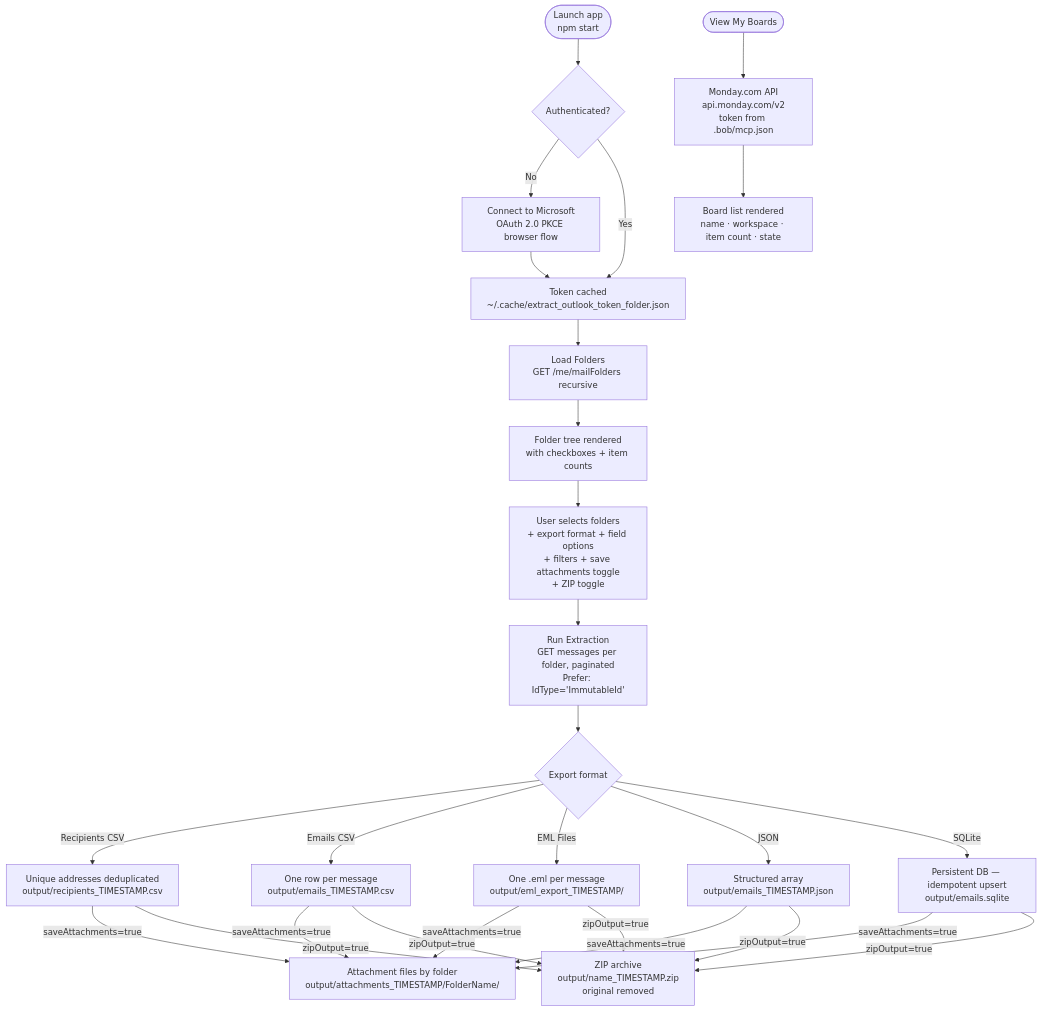
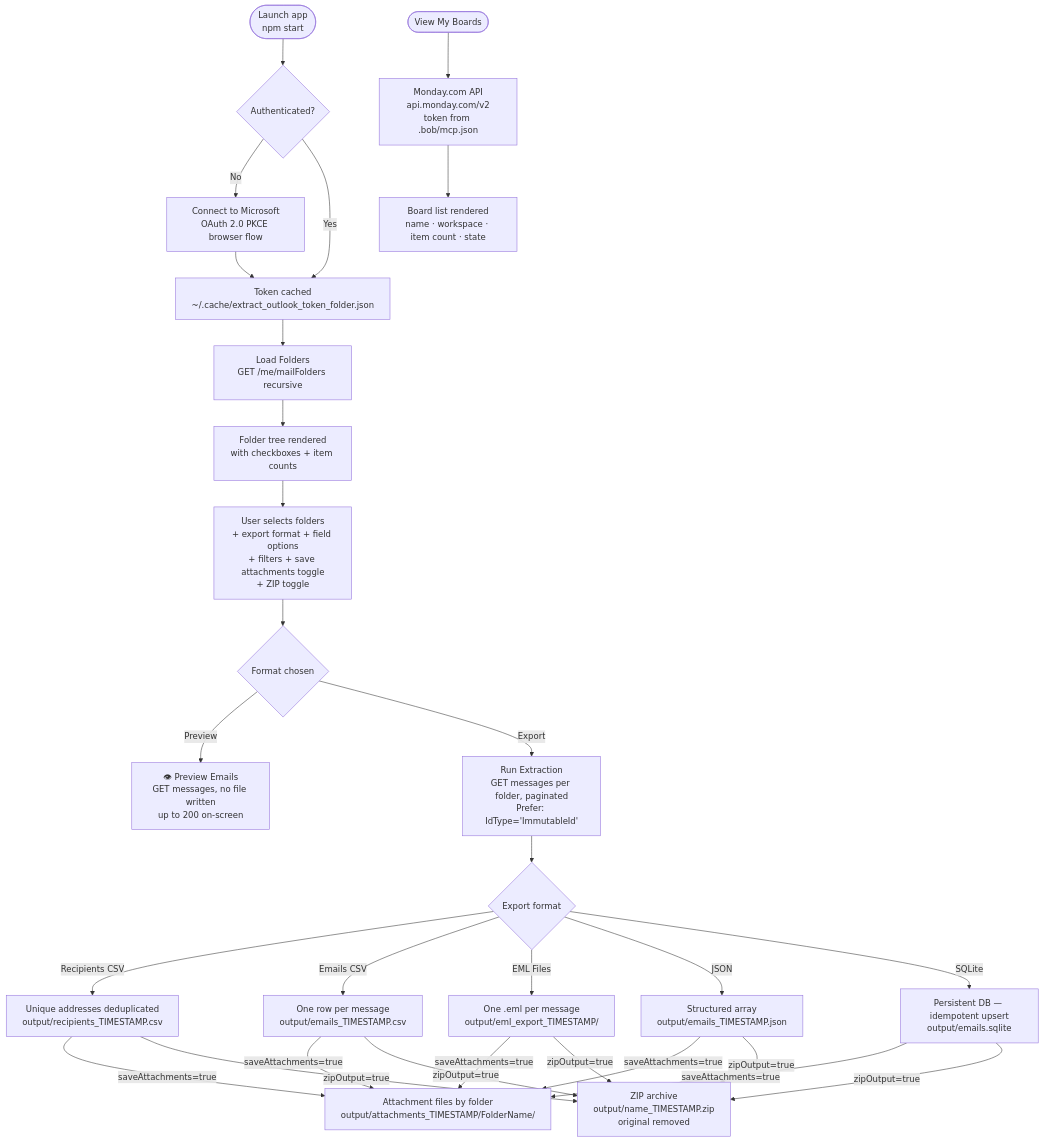
One commit to aairom/outlook-bob changed the first of 2 diagrams in README.md. Above: the diagram before and after it, drawn with Mermaid. The commit also changed other lines of this file and 6 other files, not shown here.

````diff
--- a/README.md
+++ b/README.md
@@ -7,22 +7,24 @@
 ```mermaid
 flowchart TD
     A([Launch app\nnpm start]) --> B{Authenticated?}
     B -- No --> C[Connect to Microsoft\nOAuth 2.0 PKCE browser flow]
     C --> D[Token cached\n~/.cache/extract_outlook_token_folder.json]
     B -- Yes --> D
     D --> E[Load Folders\nGET /me/mailFolders recursive]
     E --> F[Folder tree rendered\nwith checkboxes + item counts]
     F --> G[User selects folders\n+ export format + field options\n+ filters + save attachments toggle\n+ ZIP toggle]
-    G --> H[Run Extraction\nGET messages per folder, paginated\nPrefer: IdType='ImmutableId']
-    H --> I{Export format}
+    G --> H{Format chosen}
+    H -- Preview --> P[👁 Preview Emails\nGET messages, no file written\nup to 200 on-screen]
+    H -- Export --> EX[Run Extraction\nGET messages per folder, paginated\nPrefer: IdType='ImmutableId']
+    EX --> I{Export format}
     I -- Recipients CSV --> J1[Unique addresses deduplicated\noutput/recipients_TIMESTAMP.csv]
     I -- Emails CSV --> J2[One row per message\noutput/emails_TIMESTAMP.csv]
     I -- EML Files --> J3[One .eml per message\noutput/eml_export_TIMESTAMP/]
     I -- JSON --> J4[Structured array\noutput/emails_TIMESTAMP.json]
     I -- SQLite --> J5[Persistent DB — idempotent upsert\noutput/emails.sqlite]
     J1 & J2 & J3 & J4 & J5 -->|saveAttachments=true| J6[Attachment files by folder\noutput/attachments_TIMESTAMP/FolderName/]
     J1 & J2 & J3 & J4 & J5 -->|zipOutput=true| J7[ZIP archive\noutput/name_TIMESTAMP.zip\noriginal removed]
 
     M([View My Boards]) --> MON[Monday.com API\napi.monday.com/v2\ntoken from .bob/mcp.json]
     MON --> MB[Board list rendered\nname · workspace · item count · state]
 ```
````
